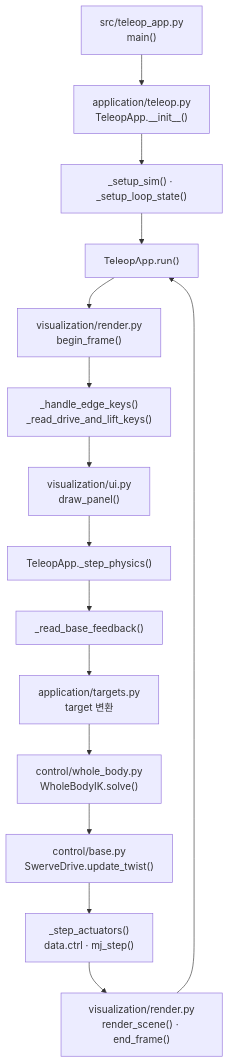
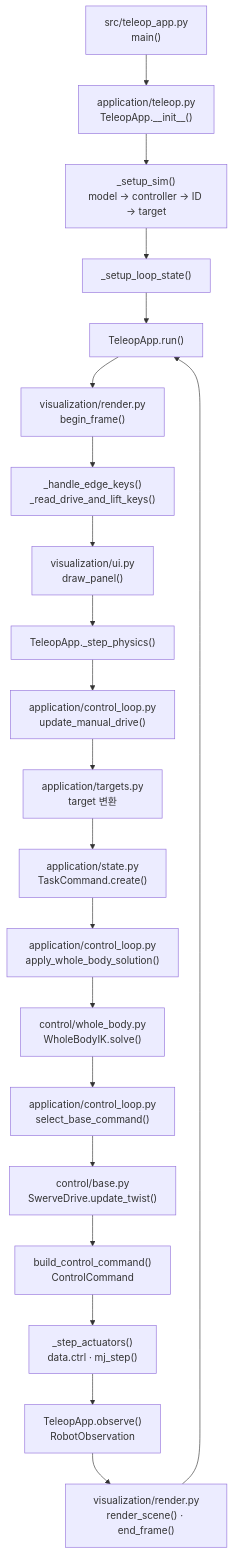
The first of 2 diagrams in docs/guide/teleop_app.md (Geonhee-LEE/aiworker-mj-lab), drawn with Mermaid before and after one commit. The commit also changed other lines of this file and 18 other files, not shown here.

````diff
--- a/docs/guide/teleop_app.md
+++ b/docs/guide/teleop_app.md
@@ -23,17 +27,23 @@
 ```mermaid
 flowchart TD
     MAIN["src/teleop_app.py<br>main()"] --> APP["application/teleop.py<br>TeleopApp.__init__()"]
-    APP --> SETUP["_setup_sim() · _setup_loop_state()"]
-    SETUP --> RUN["TeleopApp.run()"]
+    APP --> SETUP["_setup_sim()<br>model → controller → ID → target"]
+    SETUP --> LOOPSTATE["_setup_loop_state()"]
+    LOOPSTATE --> RUN["TeleopApp.run()"]
     RUN --> BEGIN["visualization/render.py<br>begin_frame()"]
     BEGIN --> INPUT["_handle_edge_keys()<br>_read_drive_and_lift_keys()"]
     INPUT --> UI["visualization/ui.py<br>draw_panel()"]
     UI --> STEP["TeleopApp._step_physics()"]
-    STEP --> FEEDBACK["_read_base_feedback()"]
-    FEEDBACK --> TARGET["application/targets.py<br>target 변환"]
-    TARGET --> IK["control/whole_body.py<br>WholeBodyIK.solve()"]
-    IK --> BASE["control/base.py<br>SwerveDrive.update_twist()"]
-    BASE --> ACT["_step_actuators()<br>data.ctrl · mj_step()"]
-    ACT --> RENDER["visualization/render.py<br>render_scene() · end_frame()"]
+    STEP --> MANUAL["application/control_loop.py<br>update_manual_drive()"]
+    MANUAL --> TARGET["application/targets.py<br>target 변환"]
+    TARGET --> TASK["application/state.py<br>TaskCommand.create()"]
+    TASK --> APPLY["application/control_loop.py<br>apply_whole_body_solution()"]
+    APPLY --> IK["control/whole_body.py<br>WholeBodyIK.solve()"]
+    IK --> SELECT["application/control_loop.py<br>select_base_command()"]
+    SELECT --> BASE["control/base.py<br>SwerveDrive.update_twist()"]
+    BASE --> COMMAND["build_control_command()<br>ControlCommand"]
+    COMMAND --> ACT["_step_actuators()<br>data.ctrl · mj_step()"]
+    ACT --> OBS["TeleopApp.observe()<br>RobotObservation"]
+    OBS --> RENDER["visualization/render.py<br>render_scene() · end_frame()"]
     RENDER --> RUN
 ```
````
